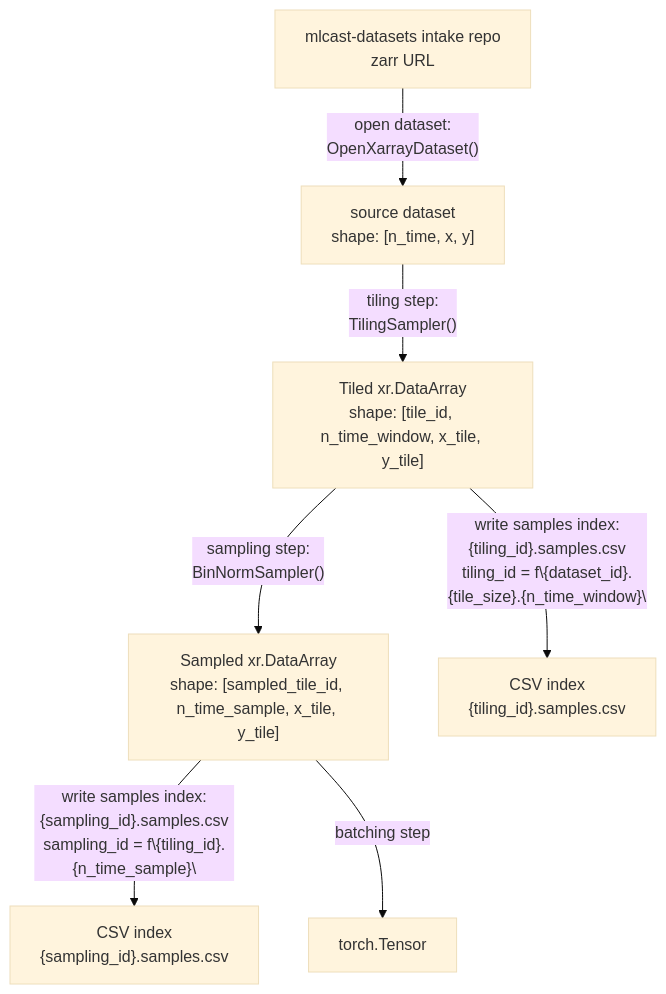
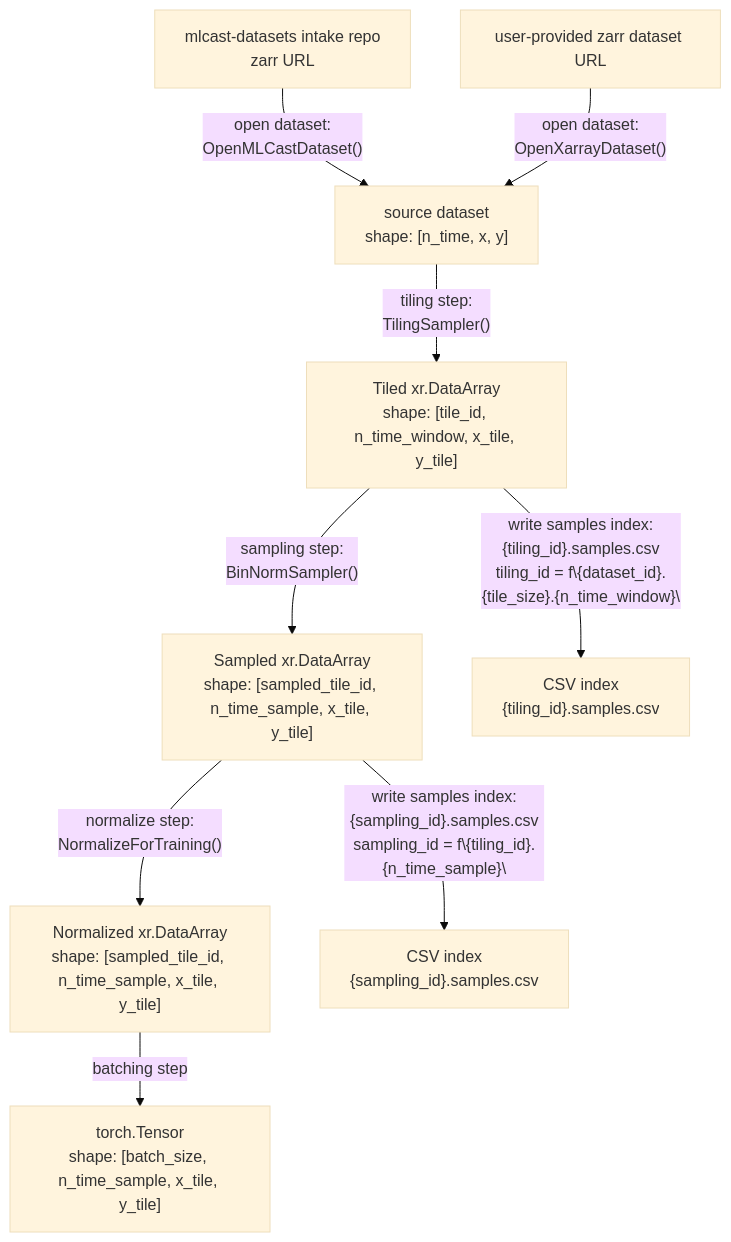
Before and after one commit to leifdenby/mlcast: the diagram in training_pipeline.md, drawn with Mermaid (base theme). The commit also changed other lines of this file and 3 other files, not shown here.

Commit message:
more work on diagram

````diff
--- a/training_pipeline.md
+++ b/training_pipeline.md
@@ -3,17 +3,21 @@
 ```mermaid
 flowchart TB
     A["mlcast-datasets intake repo<br />zarr URL"]
+    H["user-provided zarr dataset URL"]
     B["source dataset<br />shape: [n_time, x, y]"]
     C["Tiled xr.DataArray<br />shape: [tile_id, n_time_window, x_tile, y_tile]"]
     D["Sampled xr.DataArray<br />shape: [sampled_tile_id, n_time_sample, x_tile, y_tile]"]
-    E["torch.Tensor"]
+    I["Normalized xr.DataArray<br />shape: [sampled_tile_id, n_time_sample, x_tile, y_tile]"]
+    E["torch.Tensor<br />shape: [batch_size, n_time_sample, x_tile, y_tile]"]
     F["CSV index<br />{tiling_id}.samples.csv"]
     G["CSV index<br />{sampling_id}.samples.csv"]
 
-    A -- "open dataset:<br />OpenXarrayDataset()" --> B
+    A -- "open dataset:<br />OpenMLCastDataset()" --> B
+    H -- "open dataset:<br />OpenXarrayDataset()" --> B
     B -- "tiling step:<br />TilingSampler()" --> C
     C -- "write samples index:<br />{tiling_id}.samples.csv<br />tiling_id = f\"{dataset_id}.{tile_size}.{n_time_window}\"" --> F
     C -- "sampling step:<br />BinNormSampler()" --> D
     D -- "write samples index:<br />{sampling_id}.samples.csv<br />sampling_id = f\"{tiling_id}.{n_time_sample}\"" --> G
-    D -- "batching step" --> E
+    D -- "normalize step:<br />NormalizeForTraining()" --> I
+    I -- "batching step" --> E
 ```
````
